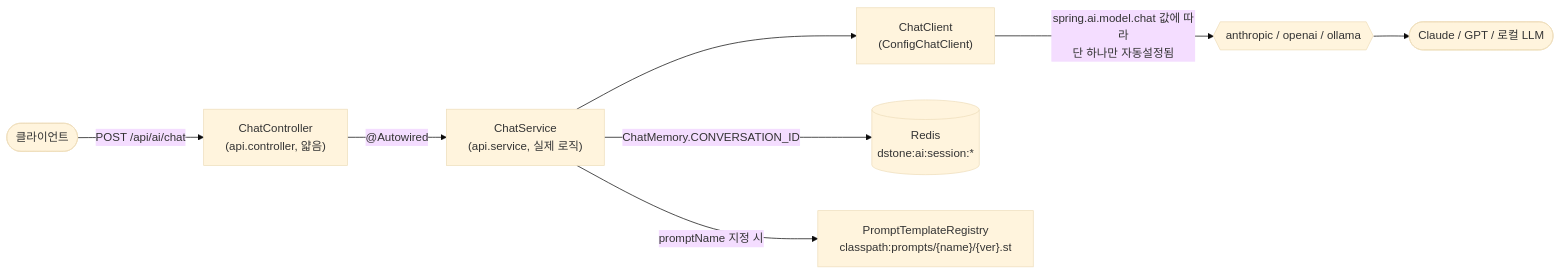
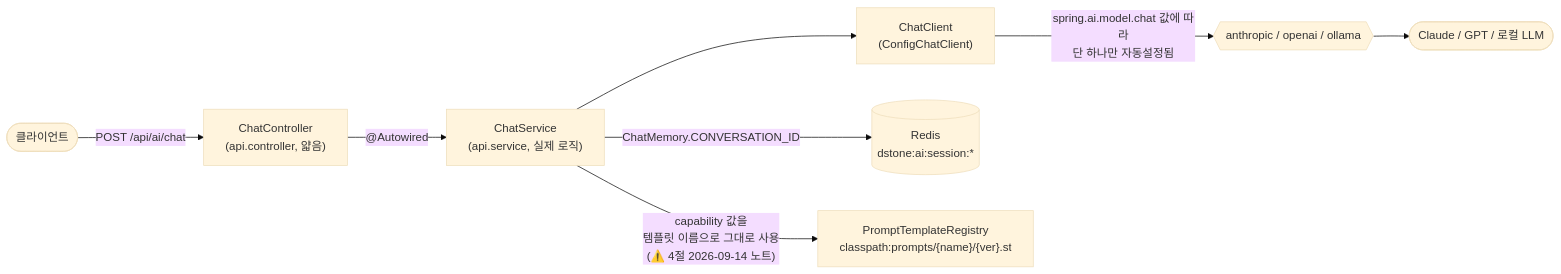
One commit to YongSoekChoeng/dstone changed the second of 20 diagrams in docs/09.dstone-ai-engine.md. Above: the diagram before and after it, drawn with Mermaid (base theme). The commit also changed other lines of this file and 4 other files, not shown here.

````diff
--- a/docs/09.dstone-ai-engine.md
+++ b/docs/09.dstone-ai-engine.md
@@ -221,10 +223,10 @@
 ```mermaid
 flowchart LR
     Client(["클라이언트"]) -->|"POST /api/ai/chat"| Ctrl["ChatController<br/>(api.controller, 얇음)"]
     Ctrl -->|"@Autowired"| Svc["ChatService<br/>(api.service, 실제 로직)"]
     Svc --> CC["ChatClient<br/>(ConfigChatClient)"]
     CC -->|"spring.ai.model.chat 값에 따라<br/>단 하나만 자동설정됨"| GW{{"anthropic / openai / ollama"}}
     Svc -->|"ChatMemory.CONVERSATION_ID"| Mem[("Redis<br/>dstone:ai:session:*")]
-    Svc -->|"promptName 지정 시"| Prompt["PromptTemplateRegistry<br/>classpath:prompts/{name}/{ver}.st"]
+    Svc -->|"capability 값을<br/>템플릿 이름으로 그대로 사용<br/>(⚠️ 4절 2026-09-14 노트)"| Prompt["PromptTemplateRegistry<br/>classpath:prompts/{name}/{ver}.st"]
     GW --> LLM(["Claude / GPT / 로컬 LLM"])
 ```
````
